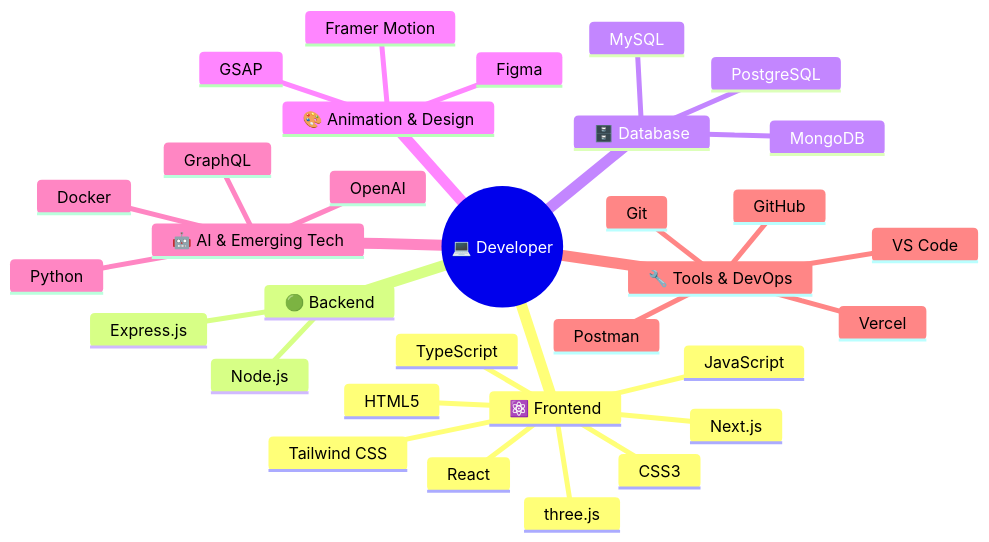
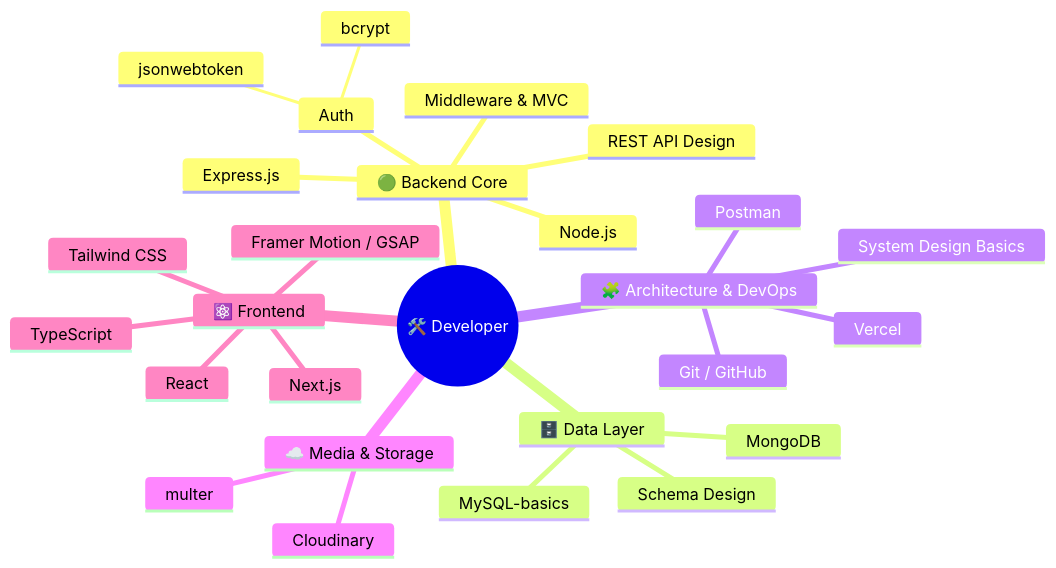
The diagram in README.md (DIGVIJAY-TRIPATHY/DIGVIJAY-TRIPATHY), drawn with Mermaid before and after one commit. The commit also changed other lines of this file, not shown here.

Commit message:
refactor: update README to reflect backend-focused skills and enhance tech stack details

````diff
--- a/README.md
+++ b/README.md
@@ -68,41 +69,35 @@
 ```mermaid
 mindmap
-  root((💻 Developer))
+  root((🛠️ Developer))
+
+    🟢 Backend Core
+      Node.js
+      Express.js
+      REST API Design
+      Auth
+        jsonwebtoken
+        bcrypt
+      Middleware & MVC
+
+    🗄️ Data Layer
+      MongoDB
+      MySQL-basics
+      Schema Design
+
+    🧩 Architecture & DevOps
+      System Design Basics
+      Git / GitHub
+      Postman
+      Vercel
+
+    ☁️ Media & Storage
+      Cloudinary
+      multer
 
     ⚛️ Frontend
-      HTML5
-      CSS3
-      JavaScript
-      TypeScript
       React
       Next.js
+      TypeScript
       Tailwind CSS
-      three.js
-
-    🟢 Backend
-      Node.js
-      Express.js
-
-    🗄️ Database
-      MongoDB
-      MySQL
-      PostgreSQL
-
-    🎨 Animation & Design
-      Framer Motion
-      GSAP
-      Figma
-
-    🤖 AI & Emerging Tech
-      Python
-      OpenAI
-      GraphQL
-      Docker
-
-    🔧 Tools & DevOps
-      VS Code
-      Git
-      GitHub
-      Postman
-      Vercel
+      Framer Motion / GSAP
 ```
````
